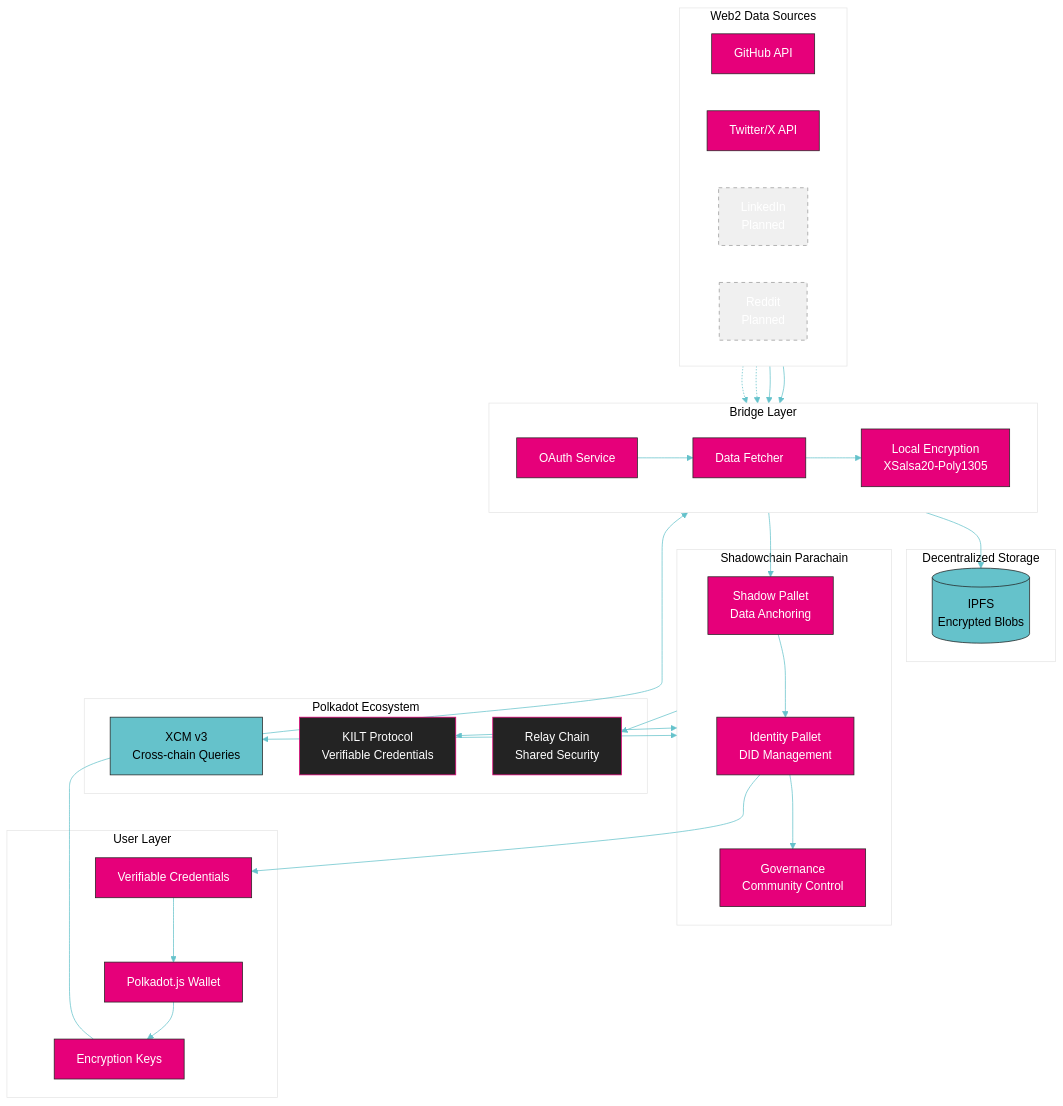
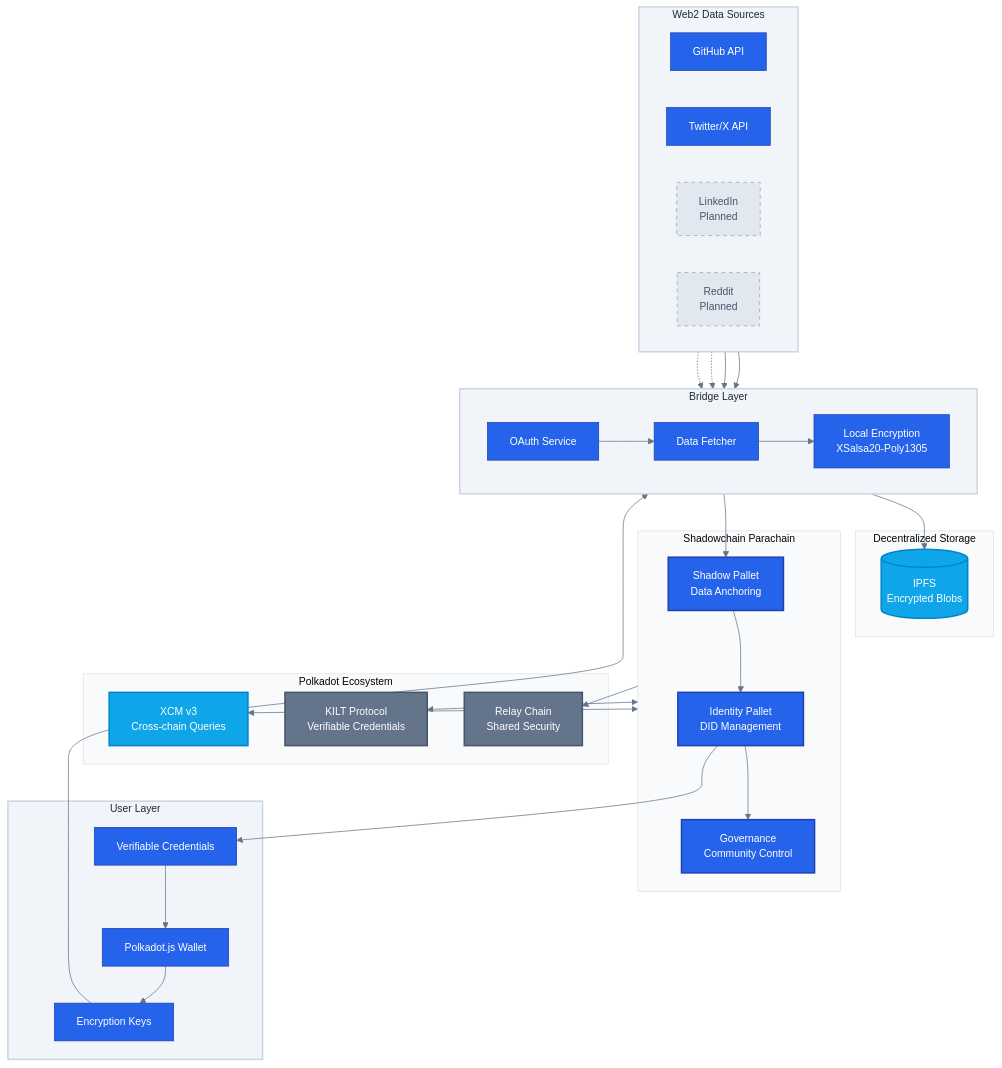
Before and after one commit to tufstraka/shadowchain: the first of 4 diagrams in README.md, drawn with Mermaid. The commit also changed other lines of this file, not shown here.

Commit message:
Update diagrams with neutral, high-contrast color scheme

````diff
--- a/README.md
+++ b/README.md
@@ -109,73 +109,75 @@
 ```mermaid
-%%{init: {'theme':'base', 'themeVariables': { 'primaryColor':'#E6007A','primaryTextColor':'#fff','primaryBorderColor':'#232323','lineColor':'#65C2CB','secondaryColor':'#232323','tertiaryColor':'#fff'}}}%%
+%%{init: {'theme':'base', 'themeVariables': { 'primaryColor':'#2563eb','primaryTextColor':'#fff','primaryBorderColor':'#1e40af','lineColor':'#64748b','secondaryColor':'#0ea5e9','tertiaryColor':'#f8fafc','fontSize':'14px'}}}%%
 graph TB
     subgraph sources["Web2 Data Sources"]
         direction LR
         gh[GitHub API]
         tw[Twitter/X API]
         li[LinkedIn<br/>Planned]
         rd[Reddit<br/>Planned]
     end
     
     subgraph bridge["Bridge Layer"]
         direction LR
         oauth[OAuth Service]
         fetch[Data Fetcher]
         encrypt[Local Encryption<br/>XSalsa20-Poly1305]
     end
     
     subgraph storage["Decentralized Storage"]
         ipfs[(IPFS<br/>Encrypted Blobs)]
     end
     
     subgraph chain["Shadowchain Parachain"]
         shadow[Shadow Pallet<br/>Data Anchoring]
         identity[Identity Pallet<br/>DID Management]
         gov[Governance<br/>Community Control]
     end
     
     subgraph polkadot["Polkadot Ecosystem"]
         relay[Relay Chain<br/>Shared Security]
         kilt[KILT Protocol<br/>Verifiable Credentials]
         xcm[XCM v3<br/>Cross-chain Queries]
     end
     
     subgraph user["User Layer"]
         wallet[Polkadot.js Wallet]
         keys[Encryption Keys]
         creds[Verifiable Credentials]
     end
     
     gh --> oauth
     tw --> oauth
     li -.-> oauth
     rd -.-> oauth
     
     oauth --> fetch
     fetch --> encrypt
     
     encrypt --> ipfs
     encrypt --> shadow
     
     shadow --> identity
     identity --> gov
     
     chain --> relay
     chain <--> kilt
     chain <--> xcm
     
     wallet --> keys
     keys --> encrypt
     identity --> creds
     creds --> wallet
     
-    classDef planned fill:#f0f0f0,stroke:#999,stroke-dasharray: 5 5
-    classDef primary fill:#E6007A,stroke:#232323,color:#fff
-    classDef secondary fill:#65C2CB,stroke:#232323,color:#000
-    classDef tertiary fill:#232323,stroke:#E6007A,color:#fff
+    classDef planned fill:#e2e8f0,stroke:#94a3b8,stroke-dasharray: 5 5,color:#475569
+    classDef primary fill:#2563eb,stroke:#1e40af,color:#fff,stroke-width:2px
+    classDef secondary fill:#0ea5e9,stroke:#0284c7,color:#fff,stroke-width:2px
+    classDef tertiary fill:#64748b,stroke:#475569,color:#fff,stroke-width:2px
+    classDef neutral fill:#f1f5f9,stroke:#cbd5e1,color:#1e293b,stroke-width:2px
     
     class li,rd planned
     class shadow,identity,gov primary
     class ipfs,xcm secondary
     class relay,kilt tertiary
+    class sources,bridge,user neutral
 ```
````
